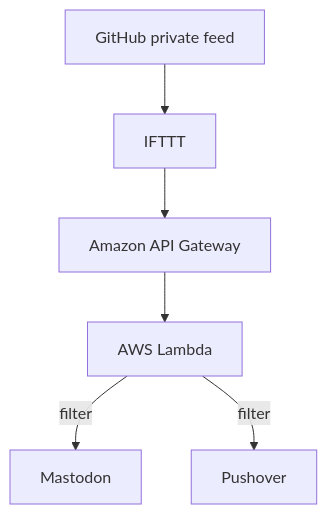
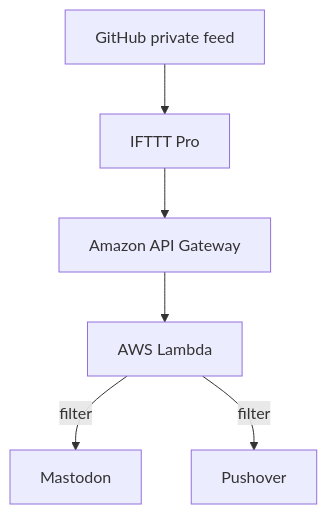
The first of 2 diagrams in README.md (masutaka/masutaka-feed), drawn with Mermaid before and after one commit. The commit also changed other lines of this file, not shown here.

Commit message:
2024/02/15 から IFTTT Pro プランでないと、webhook applet を使えなくなった
2023/12/24 の人もいる。
https://www.reddit.com/r/ifttt/comments/18p7pxa/webhooks_suddenly_stopped_working_requires_pro/

````diff
--- a/README.md
+++ b/README.md
@@ -11,8 +11,8 @@
 ```mermaid
 graph TD
-    A[GitHub private feed] --> B[IFTTT]
+    A[GitHub private feed] --> B[IFTTT Pro]
     B --> C[Amazon API Gateway]
     C --> D[AWS Lambda]
     D -->|filter| E[Mastodon]
     D -->|filter| F[Pushover]
 ```
````
